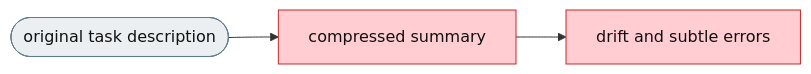
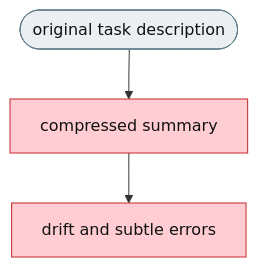
One commit to michaelatamuk/agentic-desk changed the first of 4 diagrams in docs-michael/issues/jiuwenswarm/0371-feat-task-description-reinjection.md. Above: the diagram before and after it, drawn with Mermaid. The commit also changed other lines of this file and 2 other files, not shown here.

````diff
--- a/docs-michael/issues/jiuwenswarm/0371-feat-task-description-reinjection.md
+++ b/docs-michael/issues/jiuwenswarm/0371-feat-task-description-reinjection.md
@@ -14,8 +21,8 @@
 ```mermaid
-flowchart LR
+flowchart TD
     classDef fail fill:#FFCDD2,color:#111,stroke:#C62828
     classDef plain fill:#ECEFF1,color:#111,stroke:#607D8B
     TASK(["original task description"]):::plain
     TASK --> SUMMARY["compressed summary"]:::fail
     SUMMARY --> DRIFT["drift and subtle errors"]:::fail
 ```
````
